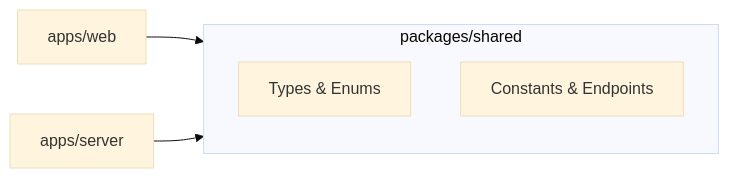
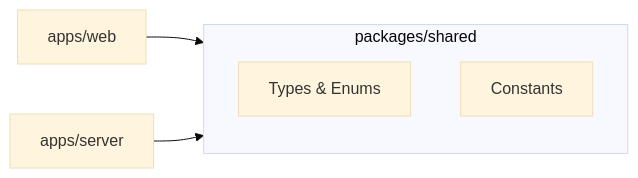
Before and after one commit to Fle-bihh/matcha: the diagram in docs/03-monorepo-architecture.md, drawn with Mermaid (base theme). The commit also changed other lines of this file, not shown here.

````diff
--- a/docs/03-monorepo-architecture.md
+++ b/docs/03-monorepo-architecture.md
@@ -73,10 +92,10 @@
 ```mermaid
 flowchart LR
     subgraph Shared["packages/shared"]
       T[Types & Enums]
-      C[Constants & Endpoints]
+      C[Constants]
     end
 
     FE[apps/web] --> Shared
     BE[apps/server] --> Shared
 ```
````
